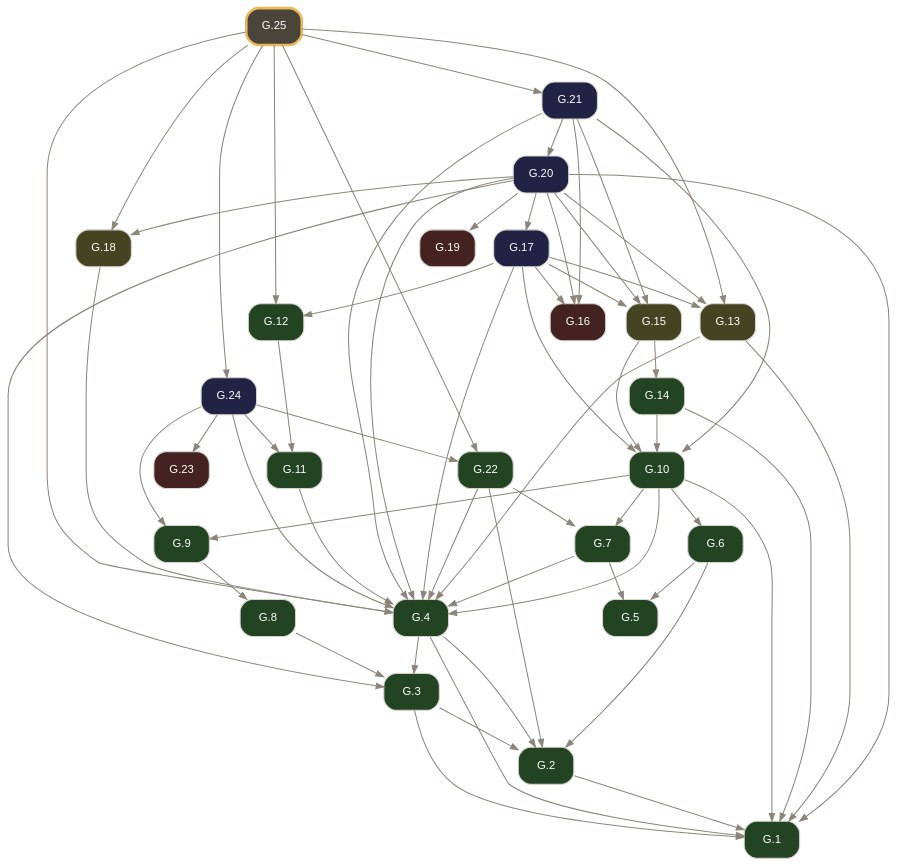
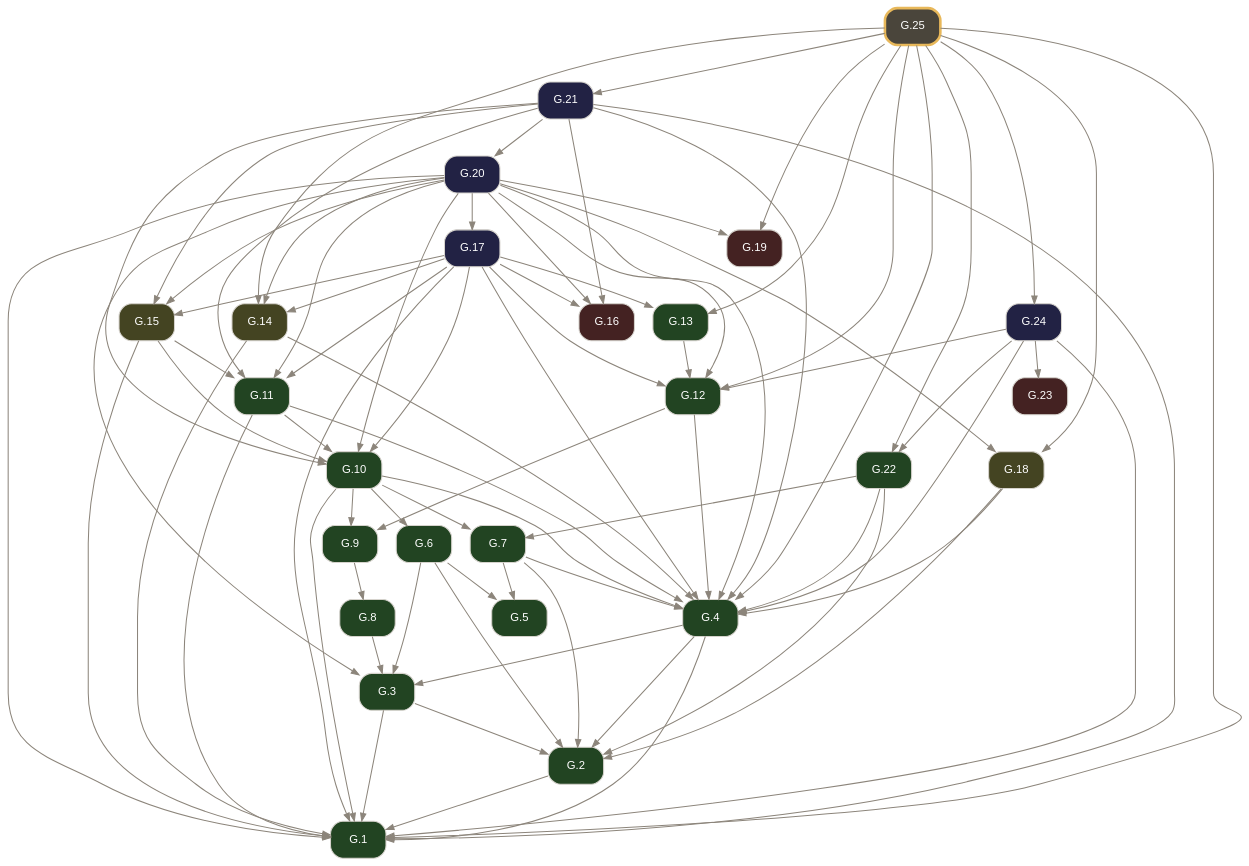
Before and after one commit to geometor/elements: the diagram in docsrc/elements2/G.25/index.rst, drawn with Graphviz. The commit also changed other lines of this file and 1276 other files, not shown here.

```diff
--- a/docsrc/elements2/G.25/index.rst
+++ b/docsrc/elements2/G.25/index.rst
@@ -150,10 +91,10 @@
      "G.8" [label="G.8", tooltip="G.8 (I.def.13): A boundary is the extremity of anything.", fillcolor="#224422", URL="../G.8/index.html", target="_top"];
      "G.9" [label="G.9", tooltip="G.9 (I.def.14): A figure is that which is contained by any boundary or boundaries.", fillcolor="#224422", URL="../G.9/index.html", target="_top"];
      "G.10" [label="G.10", tooltip="G.10 (I.def.15): A circle ( A B ) is a plane figure contained by one arc defined by a center A and a point B establishing its defining radius / A B /, such that all segments / A B /, / A C /, / A D...", fillcolor="#224422", URL="../G.10/index.html", target="_top"];
-     "G.11" [label="G.11", tooltip="G.11 (I.def.19): Rectilineal figures are contained by segments: trilateral by three, quadrilateral by four, and multilateral by more than four.", fillcolor="#224422", URL="../G.11/index.html", target="_top"];
-     "G.12" [label="G.12", tooltip="G.12 (I.def.20): Of trilateral figures, an equilateral triangle < A B C > has three equal sides, an isosceles triangle < D E F > has two equal sides, and a scalene triangle < G H K > has three uneq...", fillcolor="#224422", URL="../G.12/index.html", target="_top"];
-     "G.13" [label="G.13", tooltip="G.13 (I.post.1): Construct a segment / A B / between any two points A, B.", fillcolor="#444422", URL="../G.13/index.html", target="_top"];
-     "G.14" [label="G.14", tooltip="G.14 (I.def.16): The point A within the circle ( A B ) from which all segments / A B /, / A C / to the arc are equal is called the center of the circle.", fillcolor="#224422", URL="../G.14/index.html", target="_top"];
+     "G.11" [label="G.11", tooltip="G.11 (I.def.16): The point A within the circle ( A B ) from which all segments / A B /, / A C / to the arc are equal is called the center of the circle.", fillcolor="#224422", URL="../G.11/index.html", target="_top"];
+     "G.12" [label="G.12", tooltip="G.12 (I.def.19): Rectilineal figures are contained by segments: trilateral by three, quadrilateral by four, and multilateral by more than four.", fillcolor="#224422", URL="../G.12/index.html", target="_top"];
+     "G.13" [label="G.13", tooltip="G.13 (I.def.20): Of trilateral figures, an equilateral triangle < A B C > has three equal sides, an isosceles triangle < D E F > has two equal sides, and a scalene triangle < G H K > has three uneq...", fillcolor="#224422", URL="../G.13/index.html", target="_top"];
+     "G.14" [label="G.14", tooltip="G.14 (I.post.1): Construct a segment / A B / between any two points A, B.", fillcolor="#444422", URL="../G.14/index.html", target="_top"];
      "G.15" [label="G.15", tooltip="G.15 (I.post.3): Construct a circle ( A B ) with center A and defining radius point B.", fillcolor="#444422", URL="../G.15/index.html", target="_top"];
      "G.16" [label="G.16", tooltip="G.16 (I.cn.1): Things equal to the same thing are equal to one another.", fillcolor="#442222", URL="../G.16/index.html", target="_top"];
      "G.17" [label="G.17", tooltip="G.17 (I.1): Construct an equilateral triangle on a given segment.", fillcolor="#222244", URL="../G.17/index.html", target="_top"];
@@ -169,20 +110,29 @@
      "G.3" -> "G.1";
      "G.4" -> "G.1";
      "G.10" -> "G.1";
-     "G.13" -> "G.1";
+     "G.11" -> "G.1";
      "G.14" -> "G.1";
+     "G.15" -> "G.1";
+     "G.17" -> "G.1";
      "G.20" -> "G.1";
+     "G.21" -> "G.1";
+     "G.24" -> "G.1";
+     "G.25" -> "G.1";
      "G.3" -> "G.2";
      "G.4" -> "G.2";
      "G.6" -> "G.2";
+     "G.7" -> "G.2";
+     "G.18" -> "G.2";
      "G.22" -> "G.2";
      "G.4" -> "G.3";
+     "G.6" -> "G.3";
      "G.8" -> "G.3";
      "G.20" -> "G.3";
      "G.7" -> "G.4";
      "G.10" -> "G.4";
      "G.11" -> "G.4";
-     "G.13" -> "G.4";
+     "G.12" -> "G.4";
+     "G.14" -> "G.4";
      "G.17" -> "G.4";
      "G.18" -> "G.4";
      "G.20" -> "G.4";
@@ -197,19 +147,26 @@
      "G.22" -> "G.7";
      "G.9" -> "G.8";
      "G.10" -> "G.9";
-     "G.24" -> "G.9";
-     "G.14" -> "G.10";
+     "G.12" -> "G.9";
+     "G.11" -> "G.10";
      "G.15" -> "G.10";
      "G.17" -> "G.10";
+     "G.20" -> "G.10";
      "G.21" -> "G.10";
-     "G.12" -> "G.11";
-     "G.24" -> "G.11";
+     "G.15" -> "G.11";
+     "G.17" -> "G.11";
+     "G.20" -> "G.11";
+     "G.21" -> "G.11";
+     "G.13" -> "G.12";
      "G.17" -> "G.12";
+     "G.20" -> "G.12";
+     "G.24" -> "G.12";
      "G.25" -> "G.12";
      "G.17" -> "G.13";
-     "G.20" -> "G.13";
      "G.25" -> "G.13";
-     "G.15" -> "G.14";
+     "G.17" -> "G.14";
+     "G.20" -> "G.14";
+     "G.25" -> "G.14";
      "G.17" -> "G.15";
      "G.20" -> "G.15";
      "G.21" -> "G.15";
@@ -220,6 +177,7 @@
      "G.20" -> "G.18";
      "G.25" -> "G.18";
      "G.20" -> "G.19";
+     "G.25" -> "G.19";
      "G.21" -> "G.20";
      "G.25" -> "G.21";
      "G.24" -> "G.22";
```
